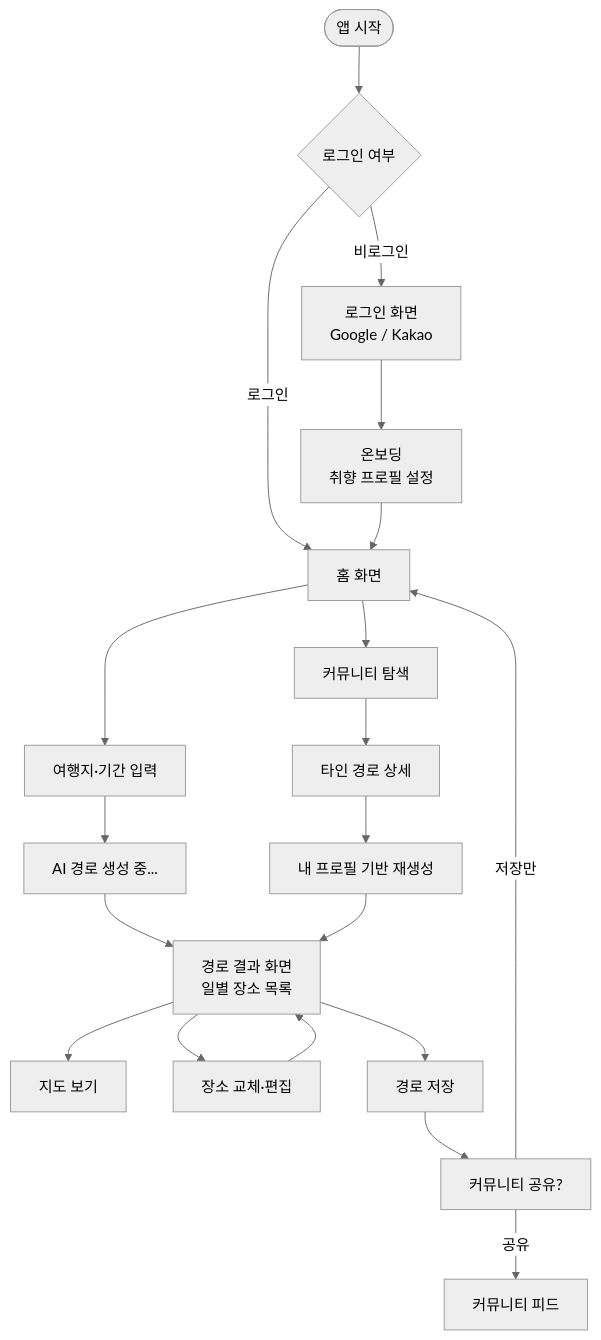
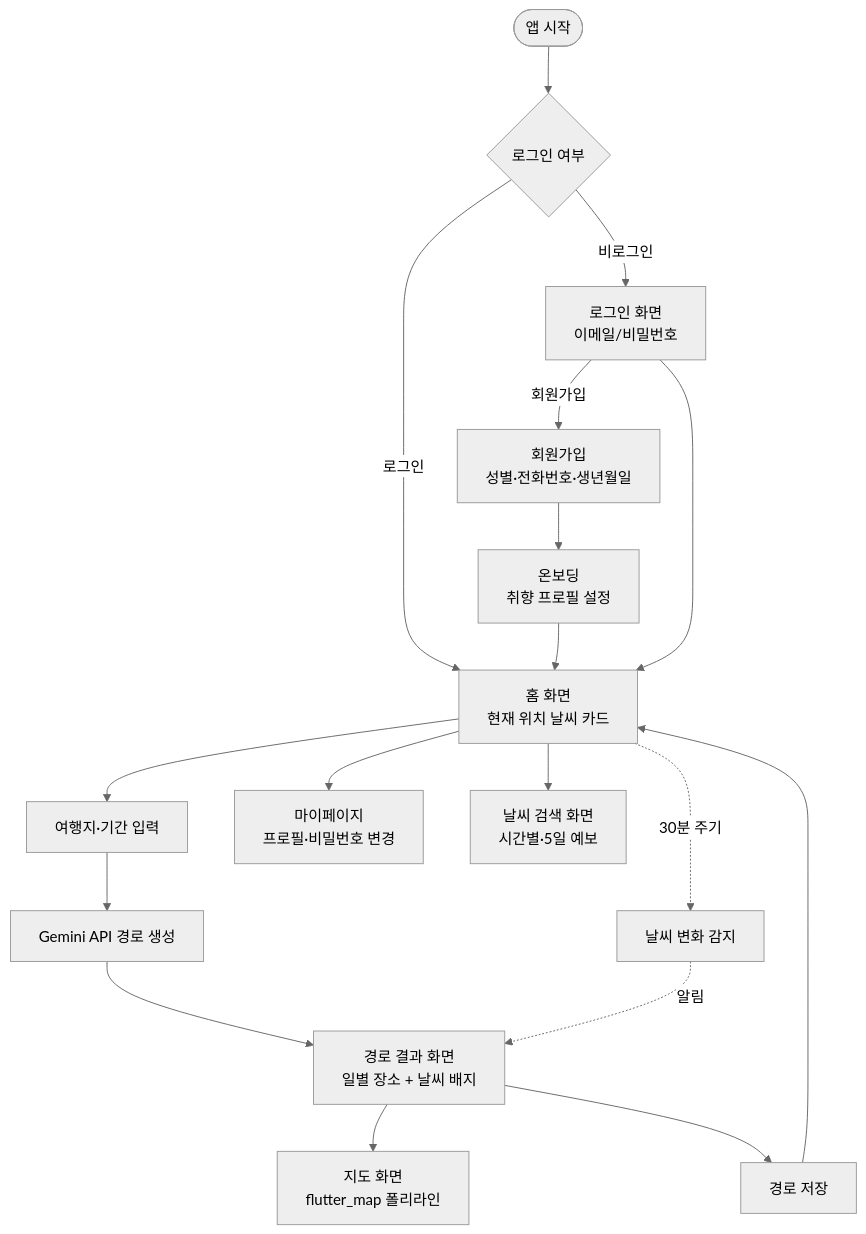
Before and after one commit to dasol2024136073/Claude_application: the second of 2 diagrams in docs/architecture.md, drawn with Mermaid (neutral theme). The commit also changed other lines of this file and 5 other files, not shown here.

````diff
--- a/docs/architecture.md
+++ b/docs/architecture.md
@@ -66,22 +72,20 @@
 ```mermaid
 flowchart TD
     A([앱 시작]) --> B{로그인 여부}
-    B -->|비로그인| C[로그인 화면<br/>Google / Kakao]
-    B -->|로그인| D[홈 화면]
-    C --> E[온보딩<br/>취향 프로필 설정]
+    B -->|비로그인| C[로그인 화면<br/>이메일/비밀번호]
+    B -->|로그인| D[홈 화면<br/>현재 위치 날씨 카드]
+    C -->|회원가입| S[회원가입<br/>성별·전화번호·생년월일]
+    S --> E[온보딩<br/>취향 프로필 설정]
     E --> D
+    C --> D
     D --> F[여행지·기간 입력]
-    F --> G[AI 경로 생성 중...]
-    G --> H[경로 결과 화면<br/>일별 장소 목록]
-    H --> I[지도 보기]
-    H --> J[장소 교체·편집]
-    J --> H
+    F --> G[Gemini API 경로 생성]
+    G --> H[경로 결과 화면<br/>일별 장소 + 날씨 배지]
+    H --> I[지도 화면<br/>flutter_map 폴리라인]
     H --> K[경로 저장]
-    K --> L[커뮤니티 공유?]
-    L -->|공유| M[커뮤니티 피드]
-    L -->|저장만| D
-    D --> N[커뮤니티 탐색]
-    N --> O[타인 경로 상세]
-    O --> P[내 프로필 기반 재생성]
-    P --> H
+    K --> D
+    D --> M[마이페이지<br/>프로필·비밀번호 변경]
+    D --> W[날씨 검색 화면<br/>시간별·5일 예보]
+    D -. 30분 주기 .-> WM[날씨 변화 감지]
+    WM -. 알림 .-> H
 ```
````
